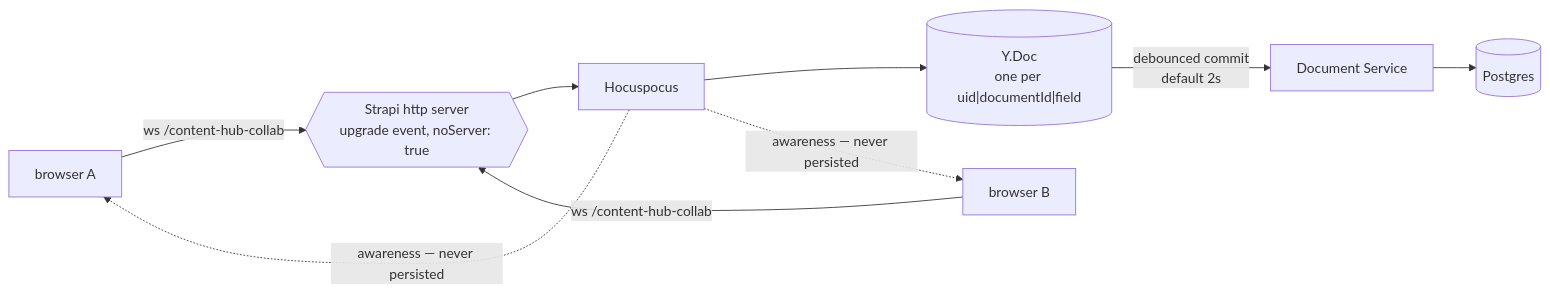
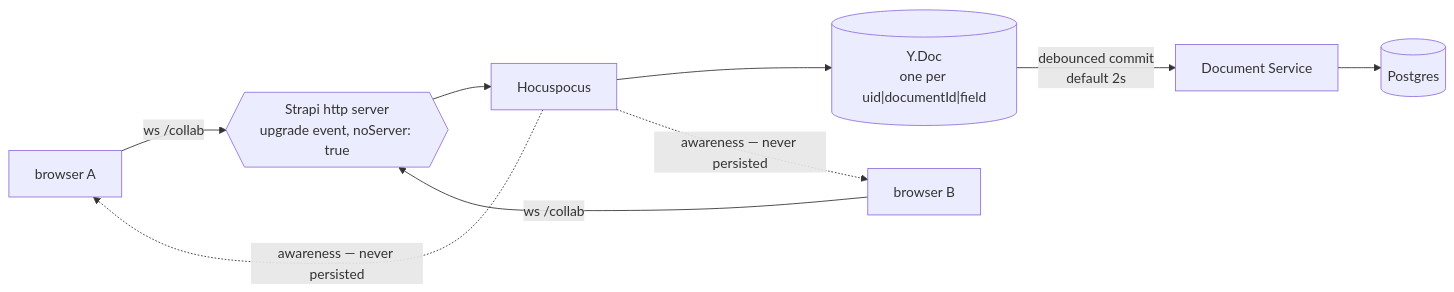
The first of 2 diagrams in README.md (rhyoharianja/strapi-plugin-collab), drawn with Mermaid before and after one commit. The commit also changed other lines of this file and 9 other files, not shown here.

First line of the commit message:
Drop the content-hub branding from ids, tables and docs

````diff
--- a/README.md
+++ b/README.md
@@ -55,13 +63,13 @@
 ```mermaid
 flowchart LR
-    B1["browser A"] -->|"ws /content-hub-collab"| H
-    B2["browser B"] -->|"ws /content-hub-collab"| H
+    B1["browser A"] -->|"ws /collab"| H
+    B2["browser B"] -->|"ws /collab"| H
 
     H{{"Strapi http server<br/>upgrade event, noServer: true"}} --> HP["Hocuspocus"]
     HP --> Y[("Y.Doc<br/>one per uid|documentId|field")]
     Y -->|"debounced commit<br/>default 2s"| DS["Document Service"]
     DS --> PG[("Postgres")]
 
     HP -.->|"awareness — never persisted"| B1
     HP -.->|"awareness — never persisted"| B2
 ```
````
